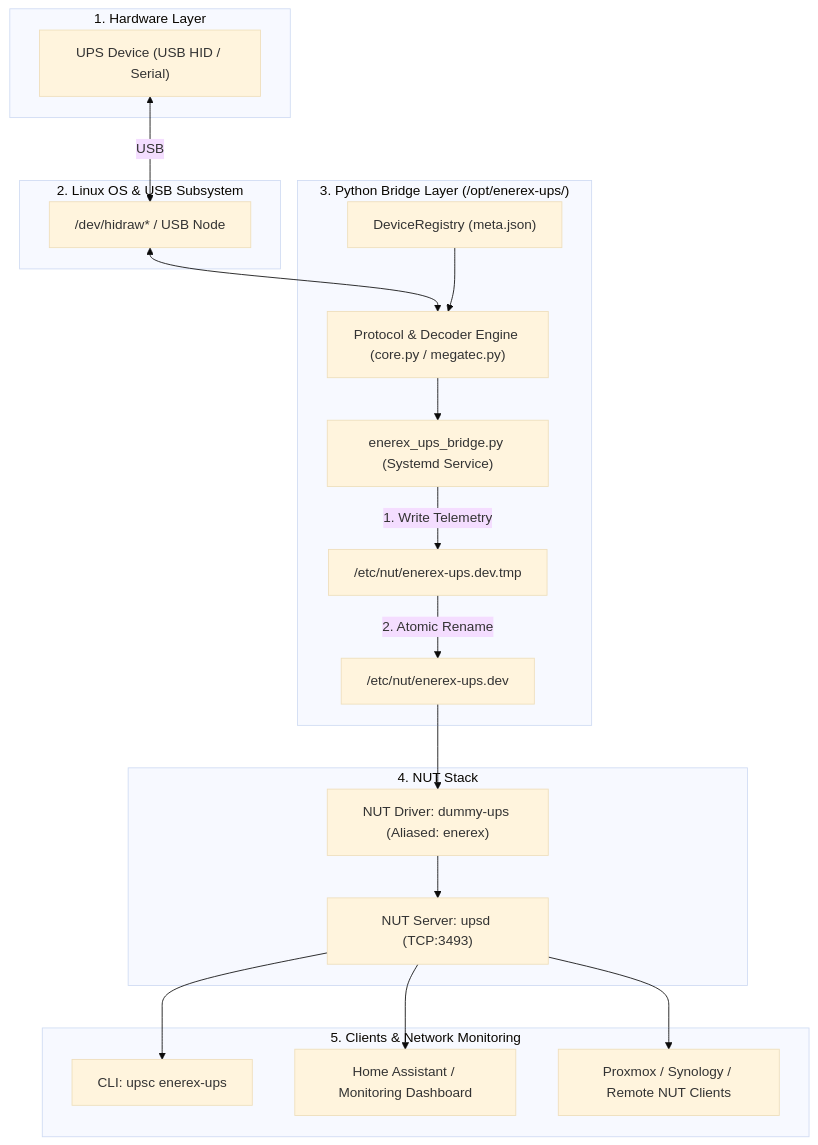
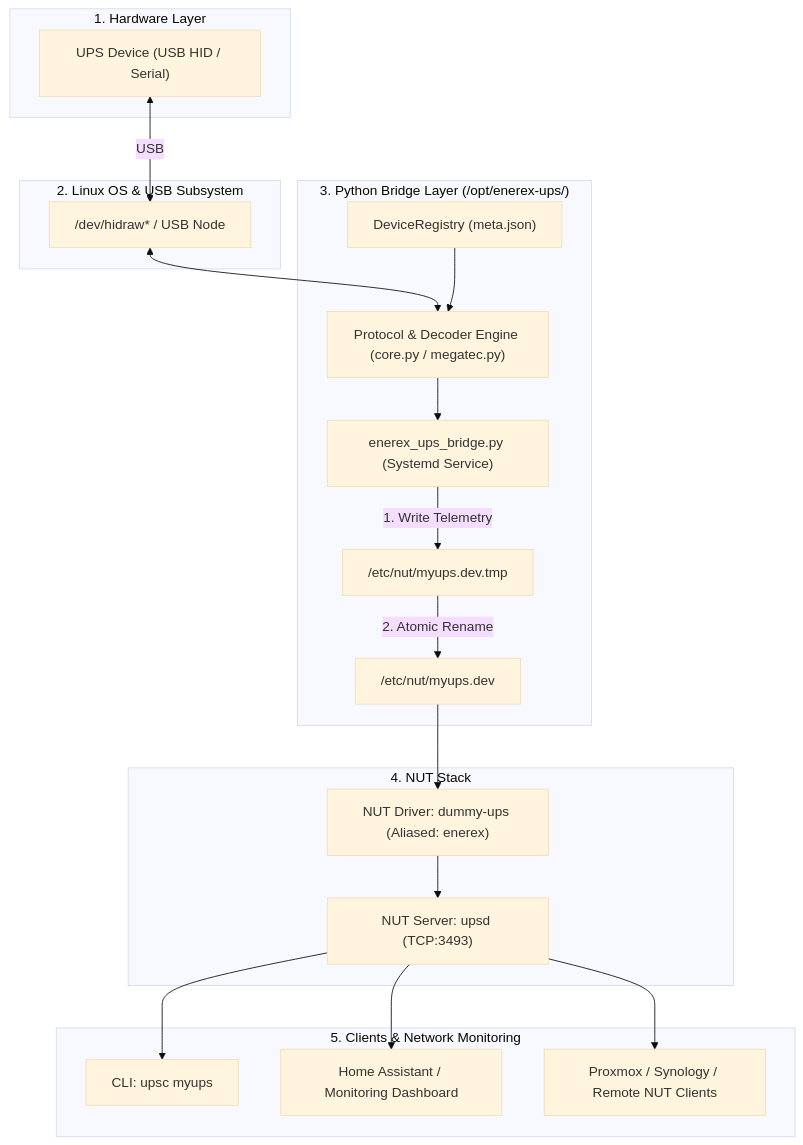
Before and after one commit to JackPoramet/ups-hid: the diagram in linux/README.md, drawn with Mermaid (base theme). The commit also changed other lines of this file and 2 other files, not shown here.

Commit message:
feat: add Enerex UPS bridge service with automated deployment and NUT integration

````diff
--- a/linux/README.md
+++ b/linux/README.md
@@ -75,41 +75,41 @@
 ```mermaid
 flowchart TD
     subgraph HW ["1. Hardware Layer"]
         UPS["UPS Device (USB HID / Serial)"]
     end
 
     subgraph OS ["2. Linux OS & USB Subsystem"]
         HIDRAW["/dev/hidraw* / USB Node"]
     end
 
     subgraph BridgeLayer ["3. Python Bridge Layer (/opt/enerex-ups/)"]
         Reg["DeviceRegistry (meta.json)"]
         Core["Protocol & Decoder Engine (core.py / megatec.py)"]
         Daemon["enerex_ups_bridge.py (Systemd Service)"]
-        TempFile["/etc/nut/enerex-ups.dev.tmp"]
-        DevFile["/etc/nut/enerex-ups.dev"]
+        TempFile["/etc/nut/myups.dev.tmp"]
+        DevFile["/etc/nut/myups.dev"]
     end
 
     subgraph NUTLayer ["4. NUT Stack"]
         Dummy["NUT Driver: dummy-ups (Aliased: enerex)"]
         UPSD["NUT Server: upsd (TCP:3493)"]
     end
 
     subgraph Consumers ["5. Clients & Network Monitoring"]
-        CLI["CLI: upsc enerex-ups"]
+        CLI["CLI: upsc myups"]
         HA["Home Assistant / Monitoring Dashboard"]
         PVE["Proxmox / Synology / Remote NUT Clients"]
     end
 
     UPS <-->|USB| HIDRAW
     HIDRAW <--> Core
     Reg --> Core
     Core --> Daemon
     Daemon -->|1. Write Telemetry| TempFile
     TempFile -->|2. Atomic Rename| DevFile
     DevFile --> Dummy
     Dummy --> UPSD
     UPSD --> CLI
     UPSD --> HA
     UPSD --> PVE
 ```
````
